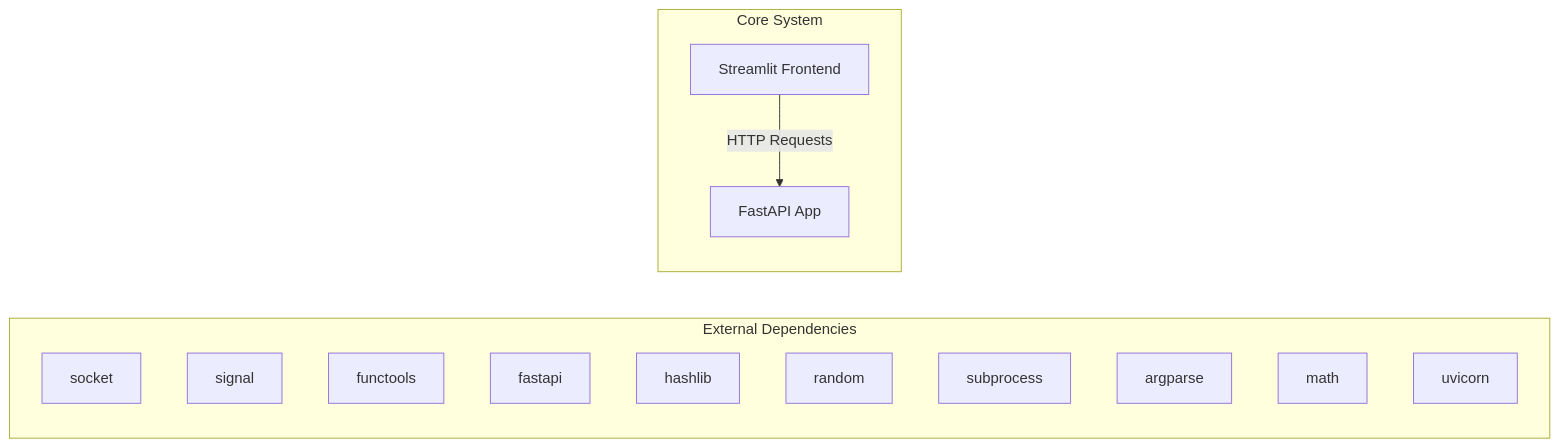
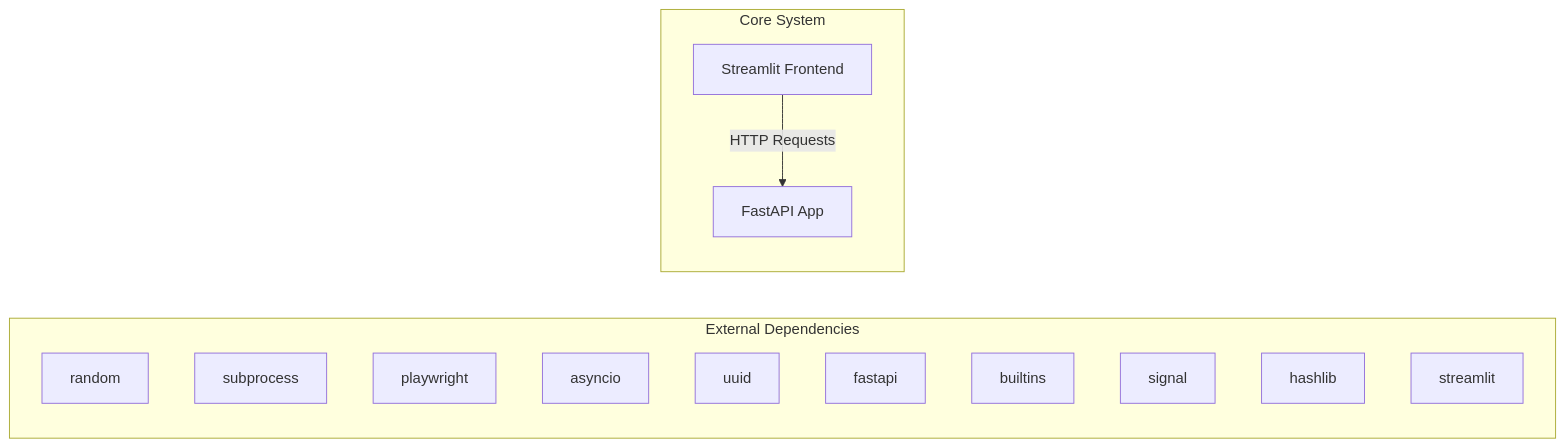
The first of 2 diagrams in docs/architecture.md (NITISH-R-G/rag-context-optimizer), drawn with Mermaid before and after one commit. The commit also changed 1 other file, not shown here.

Commit message:
docs: auto-update repository knowledge, architecture diagrams, and documentation

````diff
--- a/docs/architecture.md
+++ b/docs/architecture.md
@@ -7,20 +7,20 @@
 ```mermaid
 graph LR
     subgraph External Dependencies
-        E0["socket"]
-        E1["signal"]
-        E2["functools"]
-        E3["fastapi"]
-        E4["hashlib"]
-        E5["random"]
-        E6["subprocess"]
-        E7["argparse"]
-        E8["math"]
-        E9["uvicorn"]
+        E0["random"]
+        E1["subprocess"]
+        E2["playwright"]
+        E3["asyncio"]
+        E4["uuid"]
+        E5["fastapi"]
+        E6["builtins"]
+        E7["signal"]
+        E8["hashlib"]
+        E9["streamlit"]
     end
     subgraph Core System
         API["FastAPI App"]
         UI["Streamlit Frontend"]
     end
     UI -->|HTTP Requests| API
 ```
````
